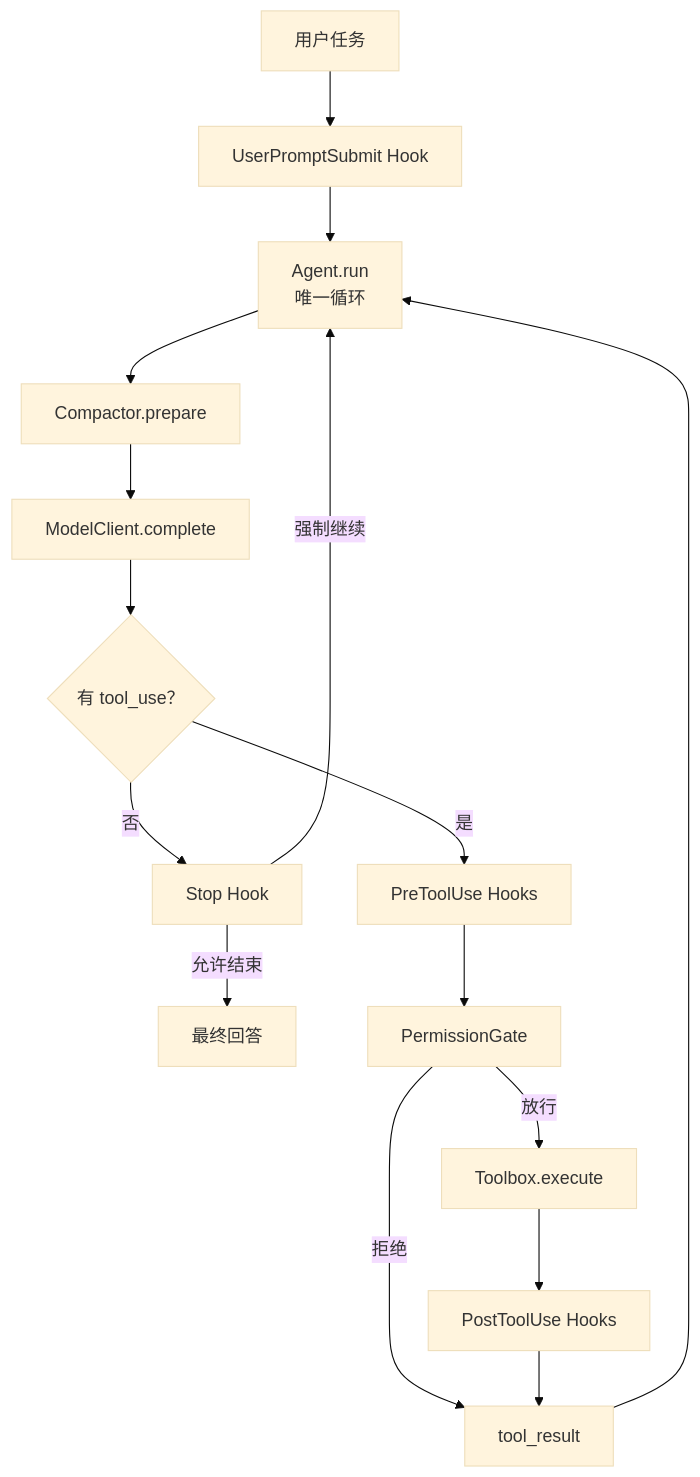
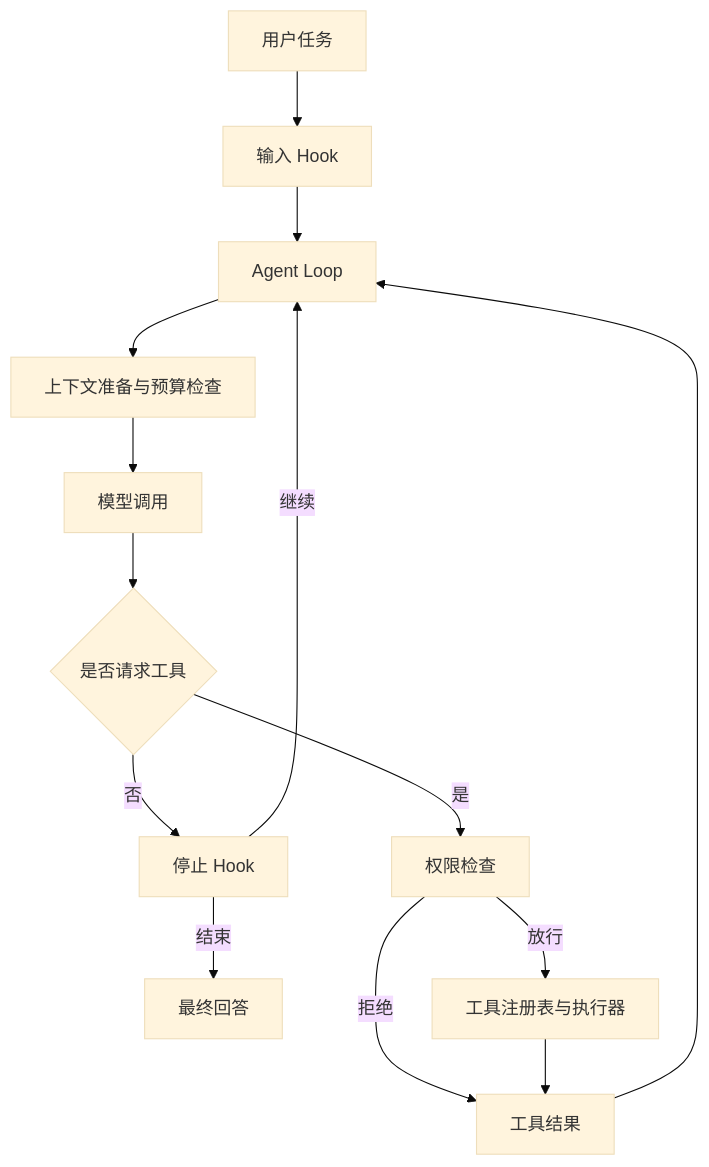
One commit to still0123/agentloop changed the first of 2 diagrams in README.md. Above: the diagram before and after it, drawn with Mermaid (base theme). The commit also changed other lines of this file and 12 other files, not shown here.

````diff
--- a/README.md
+++ b/README.md
@@ -58,18 +34,16 @@
 ```mermaid
 flowchart TD
-    User["用户任务"] --> Submit["UserPromptSubmit Hook"]
-    Submit --> Loop["Agent.run<br/>唯一循环"]
-    Loop --> Compact["Compactor.prepare"]
-    Compact --> Model["ModelClient.complete"]
-    Model --> Decision{"有 tool_use？"}
-    Decision -->|否| Stop["Stop Hook"]
-    Stop -->|允许结束| Answer["最终回答"]
-    Stop -->|强制继续| Loop
-    Decision -->|是| Pre["PreToolUse Hooks"]
-    Pre --> Gate["PermissionGate"]
-    Gate -->|拒绝| Result["tool_result"]
-    Gate -->|放行| Toolbox["Toolbox.execute"]
-    Toolbox --> Post["PostToolUse Hooks"]
-    Post --> Result
+    User["用户任务"] --> Submit["输入 Hook"]
+    Submit --> Loop["Agent Loop"]
+    Loop --> Context["上下文准备与预算检查"]
+    Context --> Model["模型调用"]
+    Model --> Choice{"是否请求工具"}
+    Choice -->|否| Stop["停止 Hook"]
+    Stop -->|结束| Answer["最终回答"]
+    Stop -->|继续| Loop
+    Choice -->|是| Gate["权限检查"]
+    Gate -->|放行| Tools["工具注册表与执行器"]
+    Gate -->|拒绝| Result["工具结果"]
+    Tools --> Result
     Result --> Loop
 ```
````
